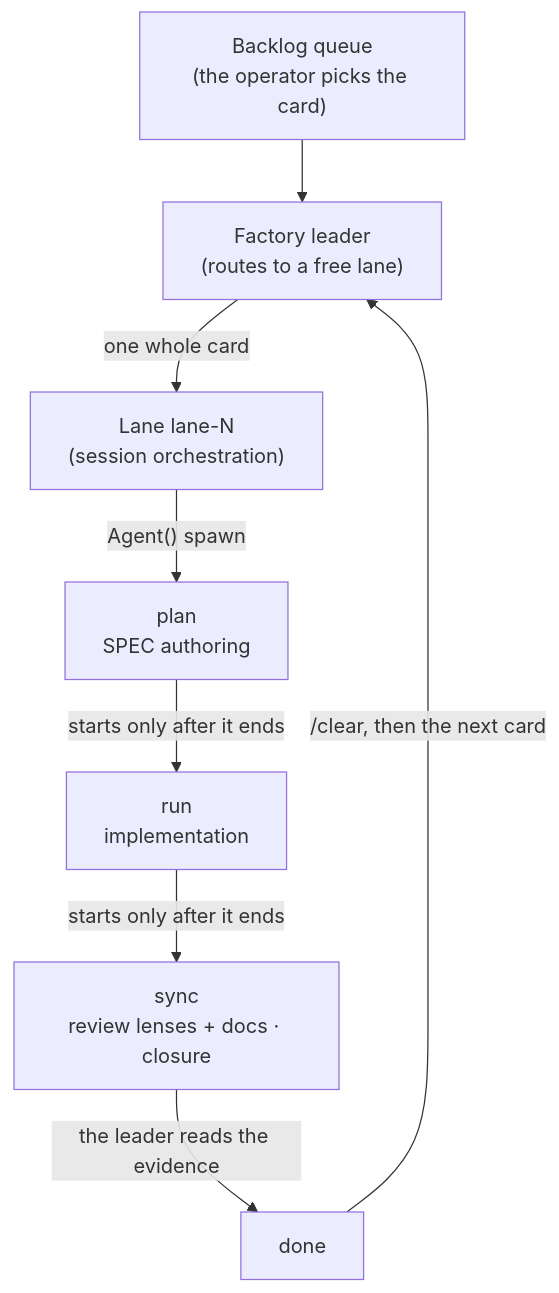
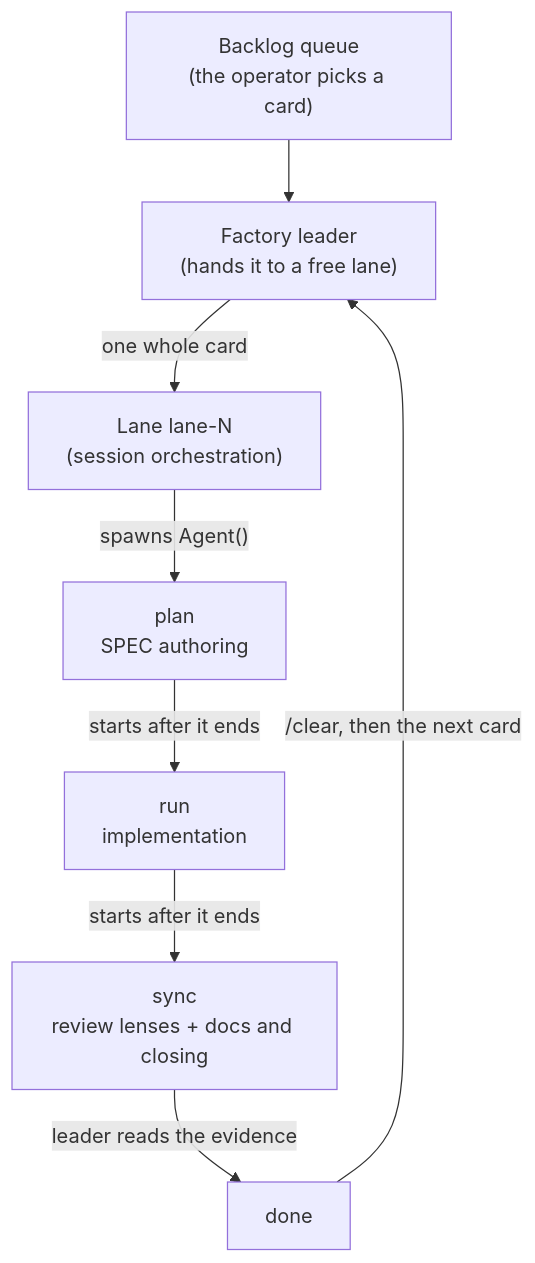
The diagram in docs-site/content/en/advanced/factory-mode.md (modu-ai/moai-adk), drawn with Mermaid before and after one commit. The commit also changed other lines of this file and 3 other files, not shown here.

First line of the commit message:
docs(SPEC-LAUNCHER-ENTRY-FLAGS-001): M11 rewrite advanced/factory-mode for the -f and -l entries, four locales (t1399)

````diff
--- a/docs-site/content/en/advanced/factory-mode.md
+++ b/docs-site/content/en/advanced/factory-mode.md
@@ -71,10 +92,10 @@
 ```mermaid
 flowchart TD
-    Queue["Backlog queue<br/>(the operator picks the card)"] --> Lead["Factory leader<br/>(routes to a free lane)"]
+    Queue["Backlog queue<br/>(the operator picks a card)"] --> Lead["Factory leader<br/>(hands it to a free lane)"]
     Lead -->|"one whole card"| Lane["Lane lane-N<br/>(session orchestration)"]
-    Lane -->|"Agent() spawn"| Plan["plan<br/>SPEC authoring"]
-    Plan -->|"starts only after it ends"| Run["run<br/>implementation"]
-    Run -->|"starts only after it ends"| Sync["sync<br/>review lenses + docs · closure"]
-    Sync -->|"the leader reads the evidence"| Done["done"]
+    Lane -->|"spawns Agent()"| Plan["plan<br/>SPEC authoring"]
+    Plan -->|"starts after it ends"| Run["run<br/>implementation"]
+    Run -->|"starts after it ends"| Sync["sync<br/>review lenses + docs and closing"]
+    Sync -->|"leader reads the evidence"| Done["done"]
     Done -->|"/clear, then the next card"| Lead
 ```
````
